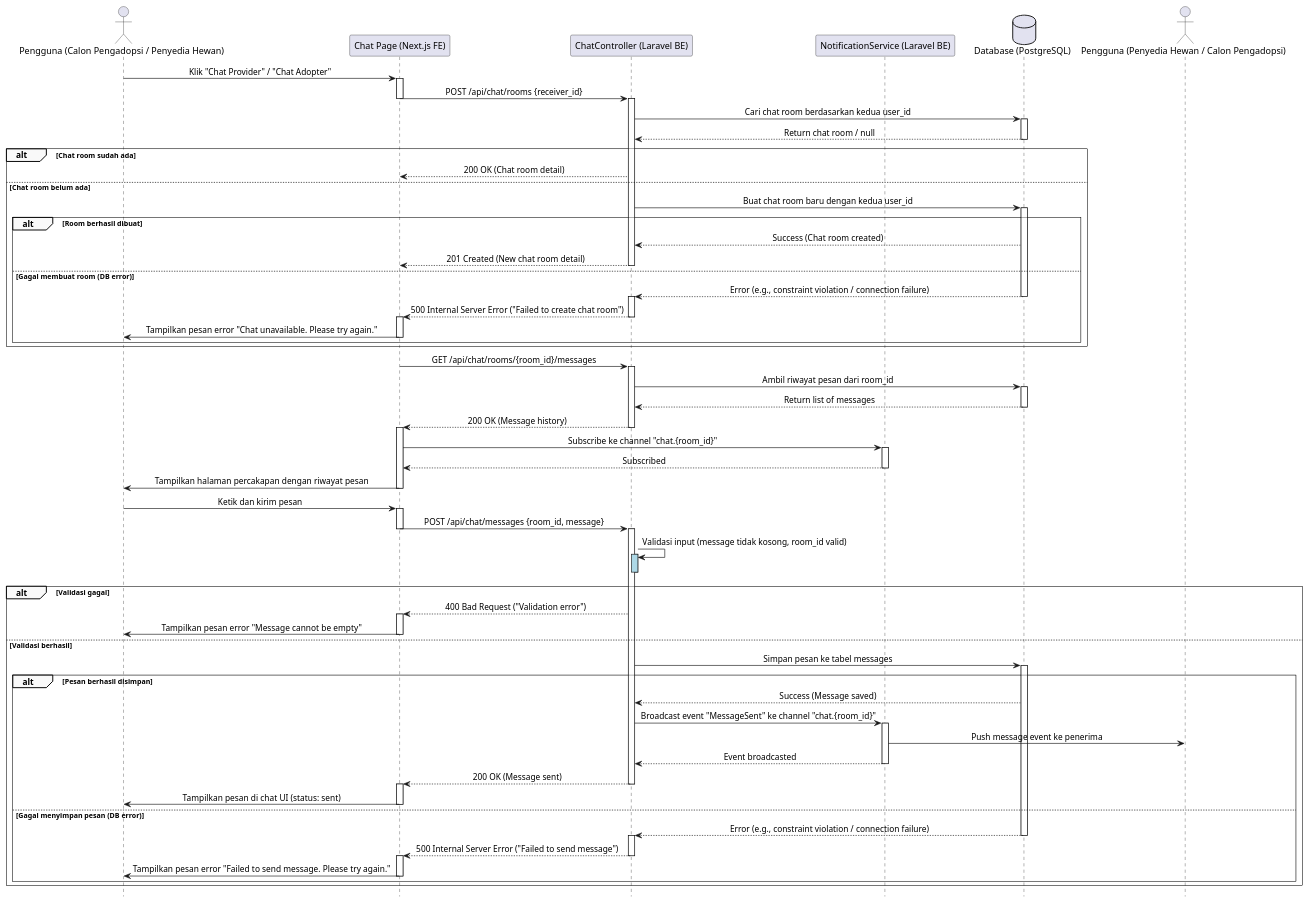
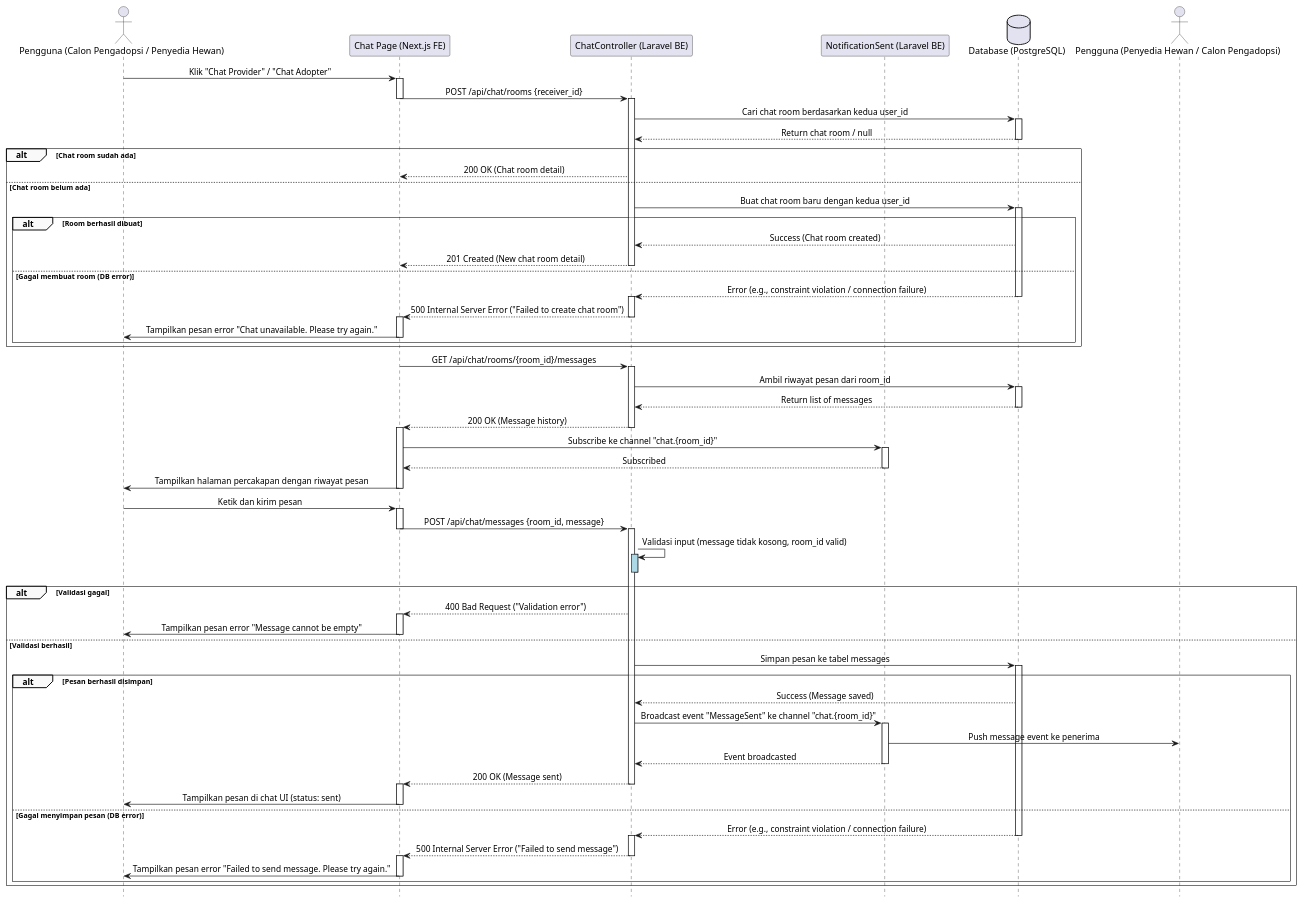
Before and after one commit to fadhel-rizanda/skripsi-plantuml: the diagram in sequence/MelakukanChat.plantuml, drawn with PlantUML. The commit also changed 27 other files, not shown here.

```diff
--- a/sequence/MelakukanChat.plantuml
+++ b/sequence/MelakukanChat.plantuml
@@ -1,122 +1,122 @@
 @startuml
 ' === Styling ===
 skinparam sequence {
     LifelineFooterStrategy none
     MessageAlign center
     ArrowThickness 1
     ParticipantPadding 20
     GroupBorderThickness 0.5
     GroupBackgroundColor #F9F9F9
 }
 hide footbox
 
 ' === Participants ===
 actor "Pengguna (Calon Pengadopsi / Penyedia Hewan)" as Pengguna
 participant "Chat Page (Next.js FE)" as FE
 participant "ChatController (Laravel BE)" as BE
-participant "NotificationService (Laravel BE)" as Reverb
+participant "NotificationSent (Laravel BE)" as Reverb
 database "Database (PostgreSQL)" as DB
 actor "Pengguna (Penyedia Hewan / Calon Pengadopsi)" as FE_Receiver
 
 ' === Flow: Membuka Chat Room ===
 Pengguna -> FE: Klik "Chat Provider" / "Chat Adopter"
 activate FE
 FE -> BE: POST /api/chat/rooms {receiver_id}
 deactivate FE
 activate BE
 BE -> DB: Cari chat room berdasarkan kedua user_id
 activate DB
 DB --> BE: Return chat room / null
 deactivate DB
 
 alt Chat room sudah ada
     BE --> FE: 200 OK (Chat room detail)
 else Chat room belum ada
     BE -> DB: Buat chat room baru dengan kedua user_id
     activate DB
 
     alt Room berhasil dibuat
         DB --> BE: Success (Chat room created)
         BE --> FE: 201 Created (New chat room detail)
         deactivate BE
 
     else Gagal membuat room (DB error)
         DB --> BE: Error (e.g., constraint violation / connection failure)
         deactivate DB
         activate BE
         BE --> FE: 500 Internal Server Error ("Failed to create chat room")
         deactivate BE
         activate FE
         FE -> Pengguna: Tampilkan pesan error "Chat unavailable. Please try again."
         deactivate FE
     end
 end
 
 activate FE
 FE -> BE: GET /api/chat/rooms/{room_id}/messages
 deactivate FE
 activate BE
 BE -> DB: Ambil riwayat pesan dari room_id
 activate DB
 DB --> BE: Return list of messages
 deactivate DB
 BE --> FE: 200 OK (Message history)
 deactivate BE
 
 activate FE
 FE -> Reverb: Subscribe ke channel "chat.{room_id}"
 activate Reverb
 Reverb --> FE: Subscribed
 deactivate Reverb
 FE -> Pengguna: Tampilkan halaman percakapan dengan riwayat pesan
 deactivate FE
 
 
 ' === Flow: Mengirim Pesan ===
 Pengguna -> FE: Ketik dan kirim pesan
 activate FE
 FE -> BE: POST /api/chat/messages {room_id, message}
 deactivate FE
 activate BE
 
 BE -> BE: Validasi input (message tidak kosong, room_id valid)
 activate BE #LightBlue
 deactivate BE #LightBlue
 
 alt Validasi gagal
     BE --> FE: 400 Bad Request ("Validation error")
     activate FE
     FE -> Pengguna: Tampilkan pesan error "Message cannot be empty"
     deactivate FE
 else Validasi berhasil
     BE -> DB: Simpan pesan ke tabel messages
     activate DB
 
     alt Pesan berhasil disimpan
         DB --> BE: Success (Message saved)
 
         BE -> Reverb: Broadcast event "MessageSent" ke channel "chat.{room_id}"
         activate Reverb
         Reverb -> FE_Receiver: Push message event ke penerima
         Reverb --> BE: Event broadcasted
         deactivate Reverb
 
         BE --> FE: 200 OK (Message sent)
         deactivate BE
         activate FE
         FE -> Pengguna: Tampilkan pesan di chat UI (status: sent)
         deactivate FE
 
     else Gagal menyimpan pesan (DB error)
         DB --> BE: Error (e.g., constraint violation / connection failure)
         deactivate DB
         activate BE
         BE --> FE: 500 Internal Server Error ("Failed to send message")
         deactivate BE
         activate FE
         FE -> Pengguna: Tampilkan pesan error "Failed to send message. Please try again."
         deactivate FE
     end
 end
 
 @enduml
```
